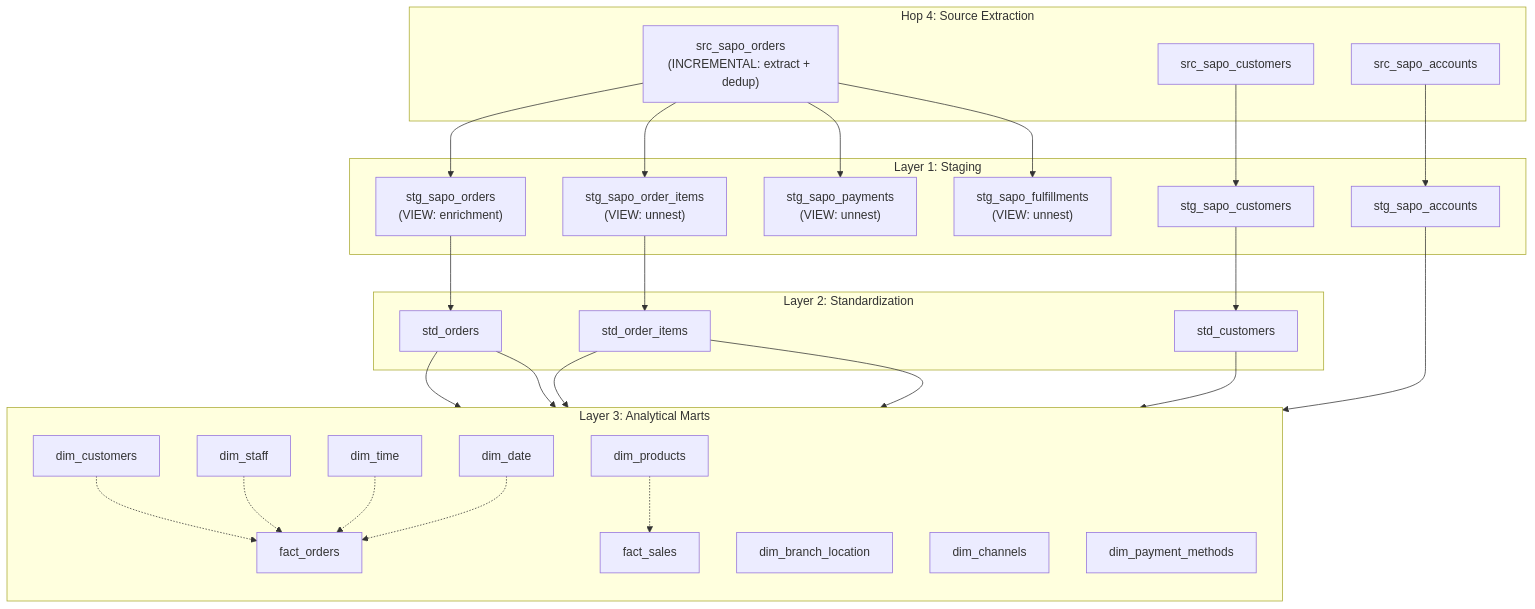
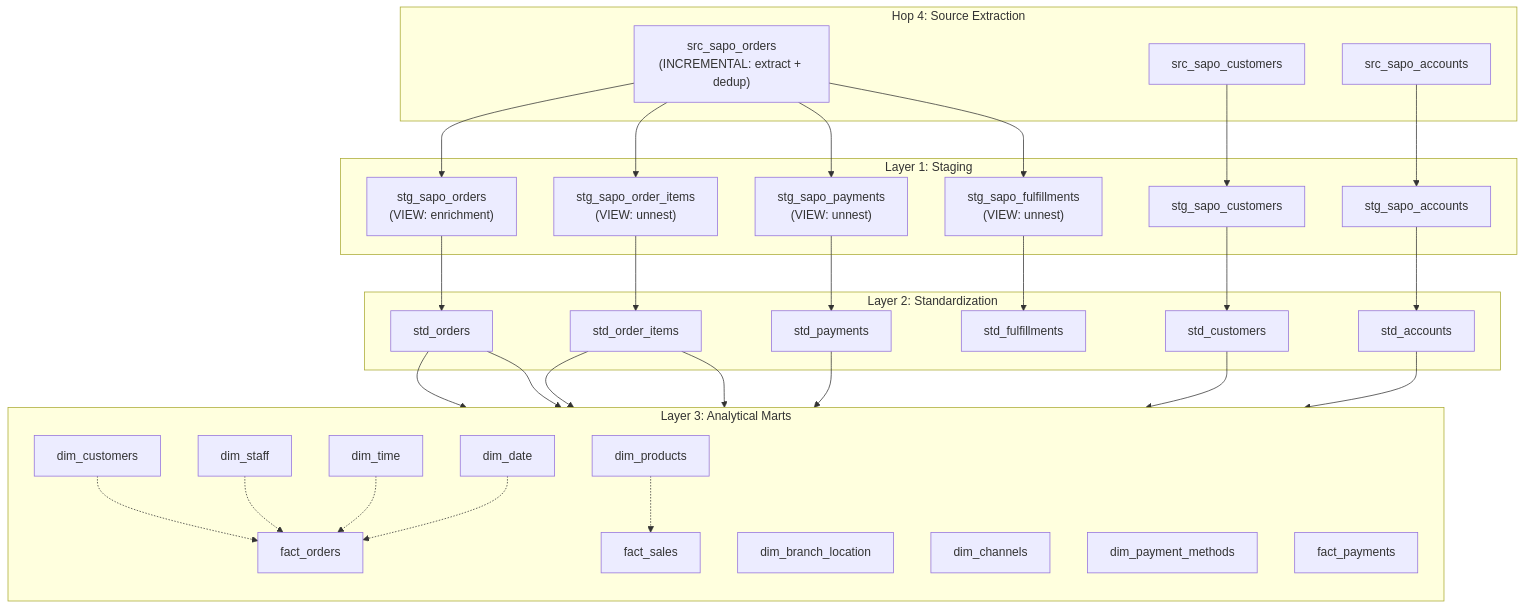
Before and after one commit to vantt/data-integration: the diagram in transformation/docs/ARCHITECTURE_DETAIL.md, drawn with Mermaid. The commit also changed other lines of this file and 14 other files, not shown here.

First line of the commit message:
refactor(dbt): complete 4-layer architecture for customers, accounts + fix std_ inconsistencies

````diff
--- a/transformation/docs/ARCHITECTURE_DETAIL.md
+++ b/transformation/docs/ARCHITECTURE_DETAIL.md
@@ -9,74 +9,82 @@
 ```mermaid
 graph TD
     %% Source Layer (Hop 4)
     subgraph Source_Extract [Hop 4: Source Extraction]
         src_orders["src_sapo_orders<br/>(INCREMENTAL: extract + dedup)"]
         src_cust[src_sapo_customers]
         src_acc[src_sapo_accounts]
     end
 
     %% Staging Layer (Hop 5 - Enrichment & Unnest)
     subgraph Staging [Layer 1: Staging]
         stg_orders["stg_sapo_orders<br/>(VIEW: enrichment)"]
         stg_items["stg_sapo_order_items<br/>(VIEW: unnest)"]
         stg_pay["stg_sapo_payments<br/>(VIEW: unnest)"]
         stg_ful["stg_sapo_fulfillments<br/>(VIEW: unnest)"]
         stg_cust[stg_sapo_customers]
         stg_acc[stg_sapo_accounts]
 
         src_orders --> stg_orders
         src_orders --> stg_items
         src_orders --> stg_pay
         src_orders --> stg_ful
         src_cust --> stg_cust
         src_acc --> stg_acc
     end
 
     %% Standard Layer (Hop 5 - Gold Standard)
     subgraph Standard [Layer 2: Standardization]
         std_orders[std_orders]
         std_items[std_order_items]
         std_cust[std_customers]
+        std_pay[std_payments]
+        std_ful[std_fulfillments]
+        std_acc[std_accounts]
 
         stg_orders --> std_orders
         stg_items --> std_items
         stg_cust --> std_cust
+        stg_pay --> std_pay
+        stg_ful --> std_ful
+        stg_acc --> std_acc
     end
 
     %% Marts Layer (Hop 6 - Serving)
     subgraph Marts [Layer 3: Analytical Marts]
         direction TB
         %% Dimensions (Incremental)
         dim_cust[dim_customers]
         dim_prod[dim_products]
 
         %% Dimensions (Static/Type 1)
         dim_staff[dim_staff]
         dim_time[dim_time]
         dim_date[dim_date]
         dim_loc[dim_branch_location]
         dim_chan[dim_channels]
         dim_pay[dim_payment_methods]
 
         %% Facts (Incremental)
         fact_orders[fact_orders]
         fact_sales[fact_sales]
+        fact_pay_mart[fact_payments]
 
         %% Dependencies
         std_cust --> dim_cust
         std_items --> dim_prod
-        stg_acc --> dim_staff
+        std_acc --> dim_staff
 
         %% Fact Construction
         std_orders --> fact_orders
         std_orders --> fact_sales
         std_items --> fact_sales
+        std_pay --> fact_pay_mart
 
         %% Joins for Facts (Conceptual)
         dim_cust -.-> fact_orders
         dim_staff -.-> fact_orders
         dim_prod -.-> fact_sales
         dim_time -.-> fact_orders
         dim_date -.-> fact_orders
     end
 ```
````
